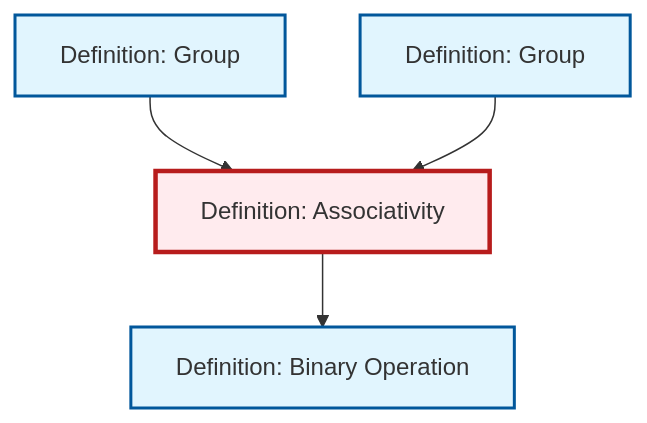
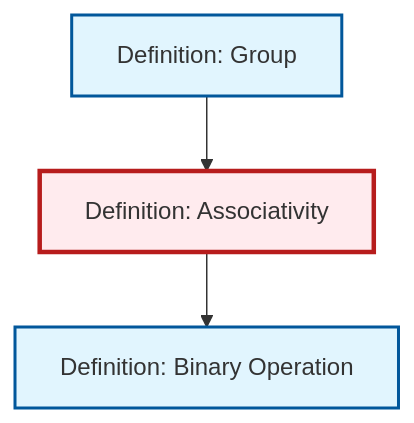
One commit to RK0429/ModernMath changed the diagram in content/ja/algebra/def-associativity.qmd. Above: the diagram before and after it, drawn with Mermaid. The commit also changed 530 other files, not shown here.

````diff
--- a/content/ja/algebra/def-associativity.qmd
+++ b/content/ja/algebra/def-associativity.qmd
@@ -101,20 +101,17 @@
 ```{mermaid}
 %%| fig-cap: "Local dependency graph"
 graph TD
     classDef definition fill:#e1f5fe,stroke:#01579b,stroke-width:2px
     classDef theorem fill:#f3e5f5,stroke:#4a148c,stroke-width:2px
     classDef axiom fill:#fff3e0,stroke:#e65100,stroke-width:2px
     classDef example fill:#e8f5e9,stroke:#1b5e20,stroke-width:2px
     classDef current fill:#ffebee,stroke:#b71c1c,stroke-width:3px
     def-group["Definition: Group"]:::definition
+    def-binary-operation["Definition: Binary Operation"]:::definition
     def-associativity["Definition: Associativity"]:::definition
-    def-group-example["Definition: Group"]:::definition
-    def-binary-operation["Definition: Binary Operation"]:::definition
+    def-group --> def-associativity
     def-associativity --> def-binary-operation
-    def-group-example --> def-associativity
-    def-group --> def-associativity
     class def-associativity current
     click def-group "def-group.html" "Definition: Groupへ"
-    click def-group-example "def-group-example.html" "Definition: Groupへ"
     click def-binary-operation "def-binary-operation.html" "Definition: Binary Operationへ"
 ```
````
